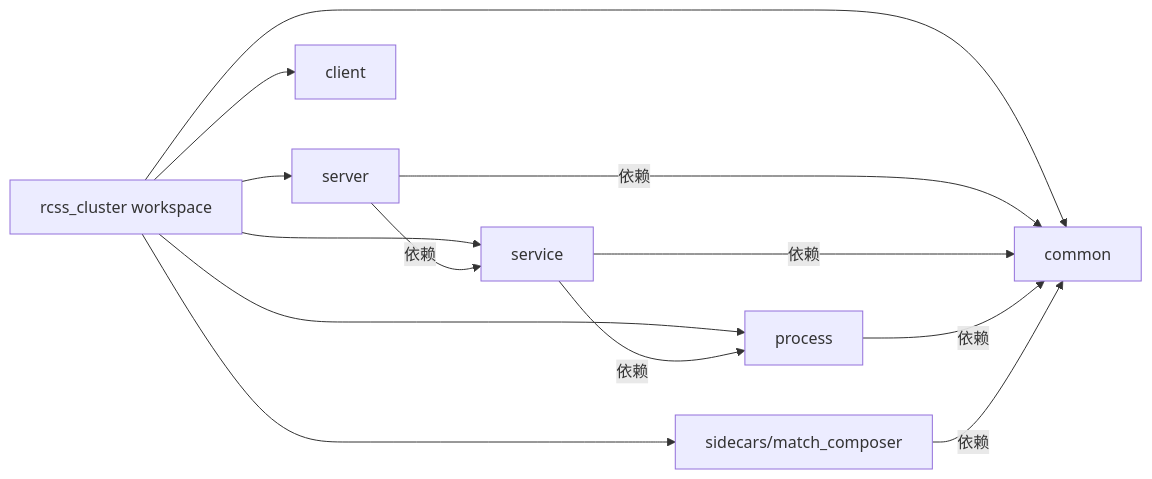
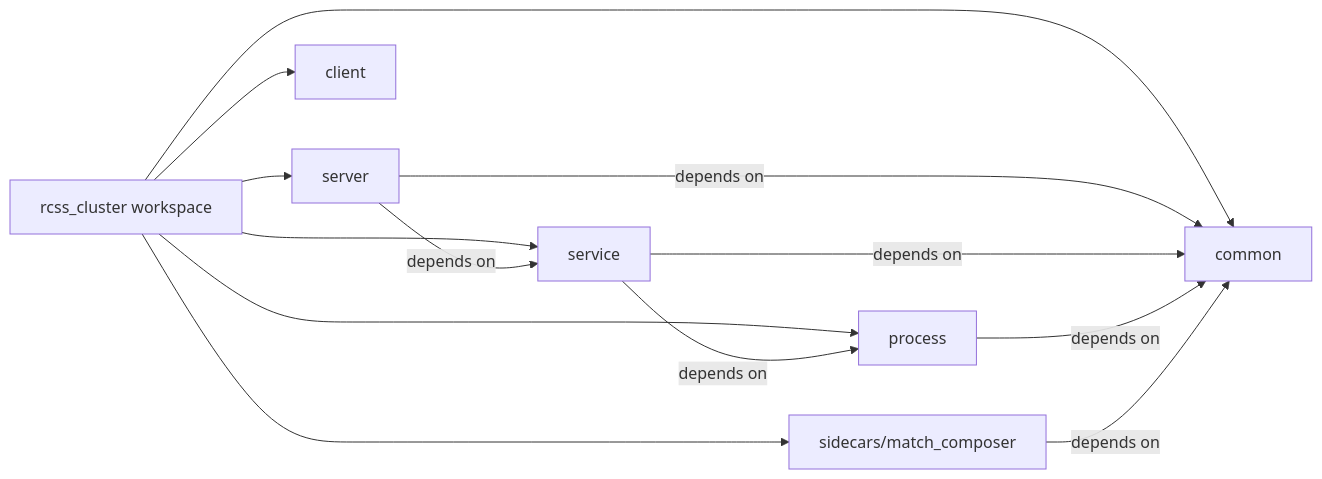
Before and after one commit to NN-4H0U/cluster: the first of 20 diagrams in docs/REPORT.md, drawn with Mermaid. The commit also changed other lines of this file, not shown here.

Commit message:
fix: fix AppState lifecycle mermaid parse error and translate all diagrams to English

````diff
--- a/docs/REPORT.md
+++ b/docs/REPORT.md
@@ -36,16 +36,16 @@
 ```mermaid
 graph LR
     A[rcss_cluster workspace] --> B[server]
     A --> C[service]
     A --> D[process]
     A --> E[common]
     A --> F[client]
     A --> G[sidecars/match_composer]
 
-    B -->|依赖| C
-    B -->|依赖| E
-    C -->|依赖| D
-    C -->|依赖| E
-    D -->|依赖| E
-    G -->|依赖| E
+    B -->|depends on| C
+    B -->|depends on| E
+    C -->|depends on| D
+    C -->|depends on| E
+    D -->|depends on| E
+    G -->|depends on| E
 ```
````
